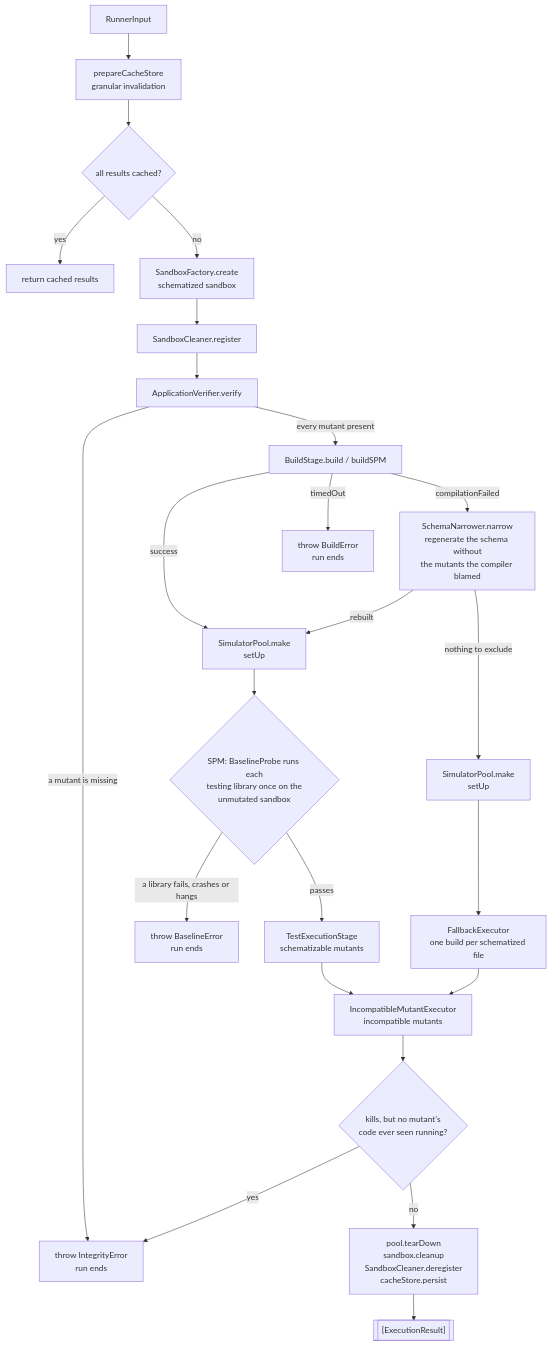
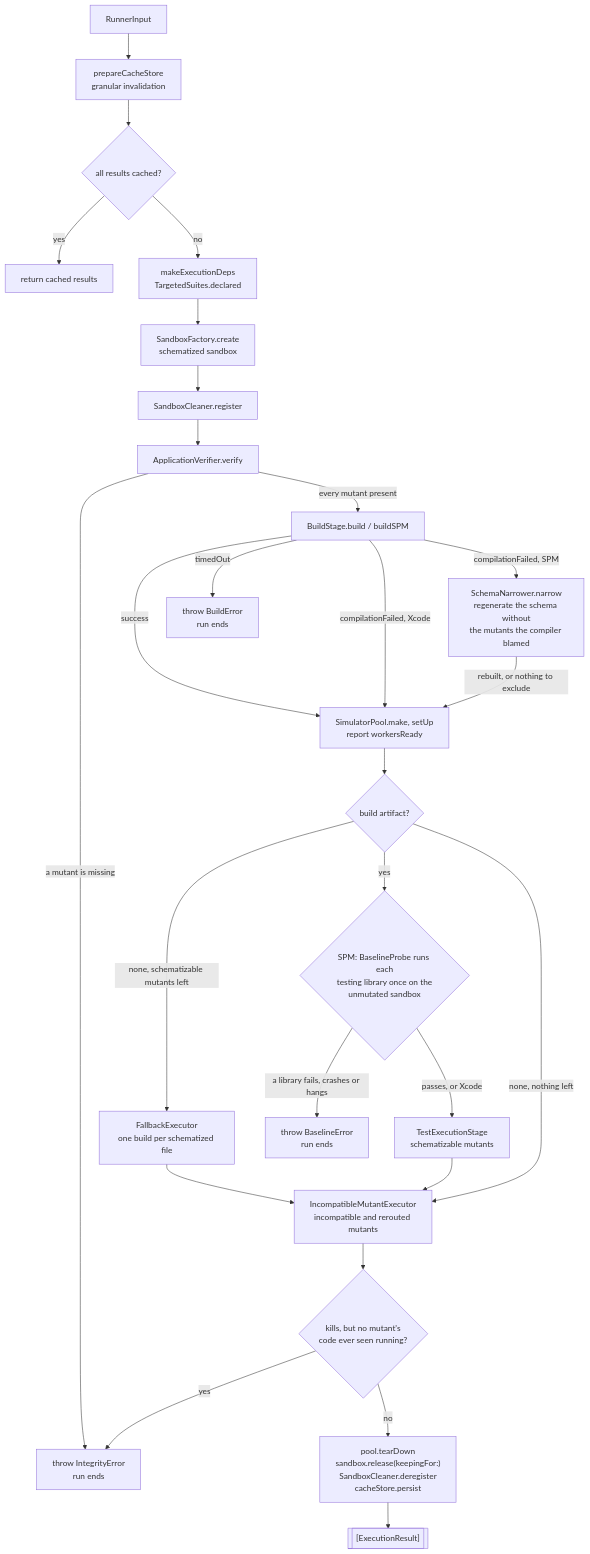
One commit to ericodx/swift-mutation-testing changed the first of 6 diagrams in Docs/CodeBase/07-execution.md. Above: the diagram before and after it, drawn with Mermaid. The commit also changed other lines of this file and 2 other files, not shown here.

Commit message:
docs: bring the CodeBase pages for schematization, sandbox build and execution in line with the sources and fix their diagrams

````diff
--- a/Docs/CodeBase/07-execution.md
+++ b/Docs/CodeBase/07-execution.md
@@ -34,26 +34,29 @@
 ```mermaid
 flowchart TD
-    IN[RunnerInput] --> PREP[prepareCacheStore\ngranular invalidation]
-    PREP --> CACHE{all results cached?}
-    CACHE -- yes --> RETURN[return cached results]
-    CACHE -- no --> SANDBOX[SandboxFactory.create\nschematized sandbox]
-    SANDBOX --> REG[SandboxCleaner.register]
-    REG --> VERIFY[ApplicationVerifier.verify]
-    VERIFY -- a mutant is missing --> ABORTI[throw IntegrityError\nrun ends]
-    VERIFY -- every mutant present --> BUILD[BuildStage.build / buildSPM]
-    BUILD -- success --> POOL[SimulatorPool.make\nsetUp]
-    BUILD -- timedOut --> ABORT[throw BuildError\nrun ends]
-    BUILD -- compilationFailed --> RETRY[SchemaNarrower.narrow\nregenerate the schema without\nthe mutants the compiler blamed]
-    RETRY -- rebuilt --> POOL
-    RETRY -- nothing to exclude --> POOLF[SimulatorPool.make\nsetUp]
-    POOLF --> FALLBACK[FallbackExecutor\none build per schematized file]
+    IN["RunnerInput"] --> PREP["prepareCacheStore<br>granular invalidation"]
+    PREP --> CACHE{"all results cached?"}
+    CACHE -- yes --> RETURN["return cached results"]
+    CACHE -- no --> DEPS["makeExecutionDeps<br>TargetedSuites.declared"]
+    DEPS --> SANDBOX["SandboxFactory.create<br>schematized sandbox"]
+    SANDBOX --> REG["SandboxCleaner.register"]
+    REG --> VERIFY["ApplicationVerifier.verify"]
+    VERIFY -- "a mutant is missing" --> ABORTI["throw IntegrityError<br>run ends"]
+    VERIFY -- "every mutant present" --> BUILD["BuildStage.build / buildSPM"]
+    BUILD -- success --> POOL["SimulatorPool.make, setUp<br>report workersReady"]
+    BUILD -- timedOut --> ABORT["throw BuildError<br>run ends"]
+    BUILD -- "compilationFailed, Xcode" --> POOL
+    BUILD -- "compilationFailed, SPM" --> RETRY["SchemaNarrower.narrow<br>regenerate the schema without<br>the mutants the compiler blamed"]
+    RETRY -- "rebuilt, or nothing to exclude" --> POOL
+    POOL --> ART{"build artifact?"}
+    ART -- "none, schematizable mutants left" --> FALLBACK["FallbackExecutor<br>one build per schematized file"]
+    ART -- yes --> PROBE{"SPM: BaselineProbe runs each<br>testing library once on the<br>unmutated sandbox"}
+    PROBE -- "a library fails, crashes or hangs" --> ABORTB["throw BaselineError<br>run ends"]
+    PROBE -- "passes, or Xcode" --> NORMAL["TestExecutionStage<br>schematizable mutants"]
+    NORMAL --> INCOMPAT["IncompatibleMutantExecutor<br>incompatible and rerouted mutants"]
     FALLBACK --> INCOMPAT
-    POOL --> PROBE{SPM: BaselineProbe runs each\ntesting library once on the\nunmutated sandbox}
-    PROBE -- a library fails, crashes or hangs --> ABORTB[throw BaselineError\nrun ends]
-    PROBE -- passes --> NORMAL[TestExecutionStage\nschematizable mutants]
-    NORMAL --> INCOMPAT[IncompatibleMutantExecutor\nincompatible mutants]
-    INCOMPAT --> OBSERVED{kills, but no mutant's\ncode ever seen running?}
+    ART -- "none, nothing left" --> INCOMPAT
+    INCOMPAT --> OBSERVED{"kills, but no mutant's<br>code ever seen running?"}
     OBSERVED -- yes --> ABORTI
-    OBSERVED -- no --> TEARDOWN[pool.tearDown\nsandbox.cleanup\nSandboxCleaner.deregister\ncacheStore.persist]
+    OBSERVED -- no --> TEARDOWN["pool.tearDown<br>sandbox.release(keepingFor:)<br>SandboxCleaner.deregister<br>cacheStore.persist"]
     TEARDOWN --> RESULTS[["[ExecutionResult]"]]
 ```
````
